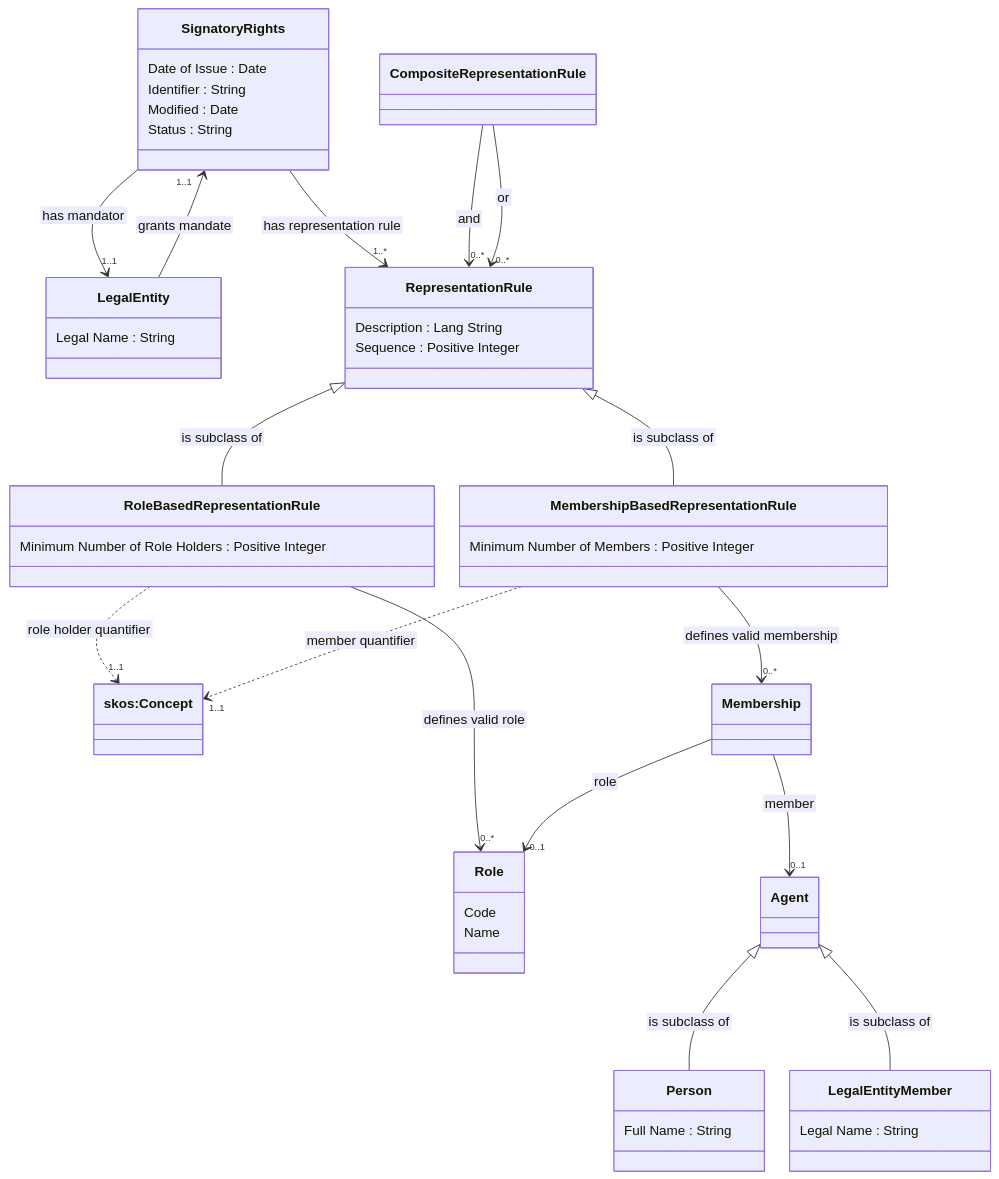
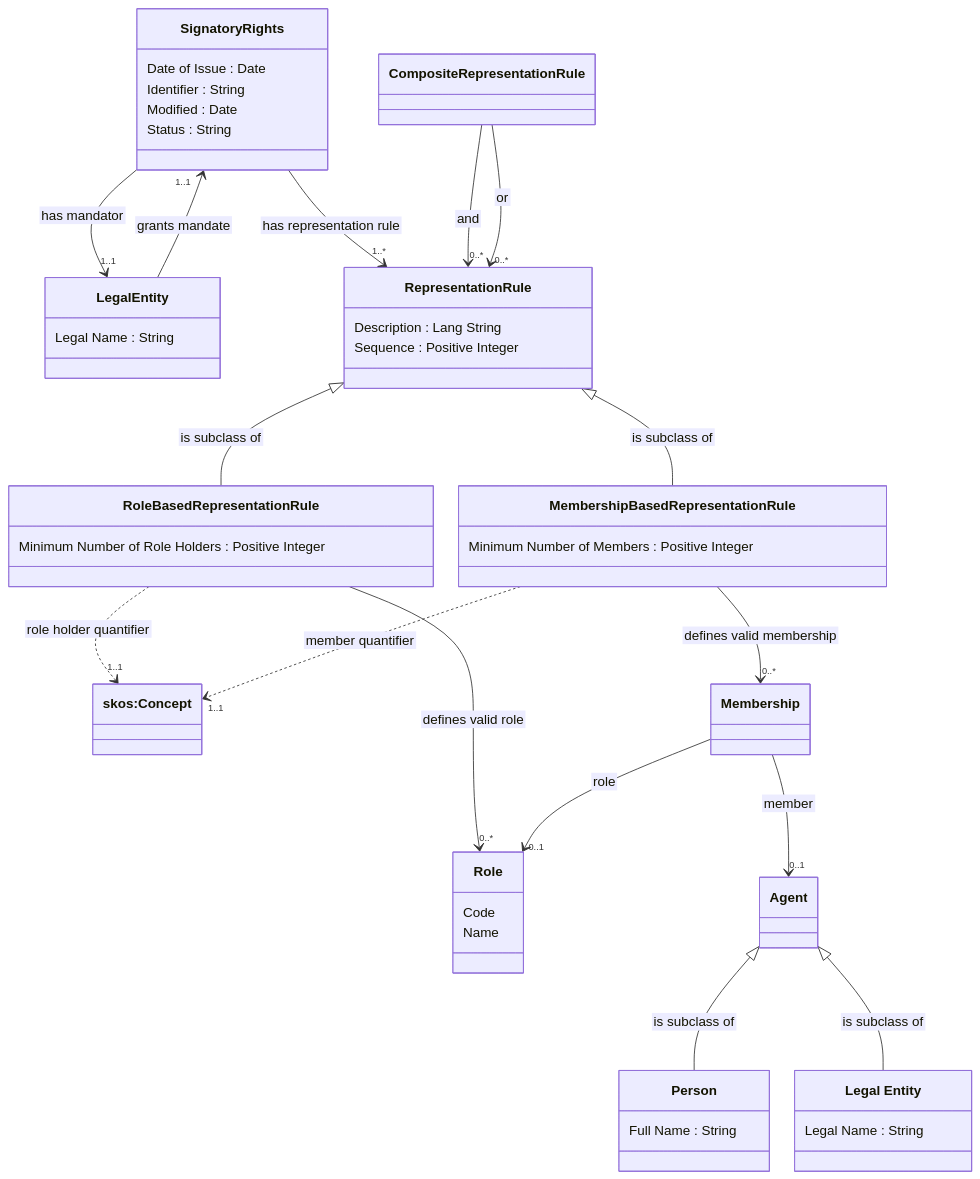
Before and after one commit to nordicsmartgovernment/Nordic-Signatory-Rights-Model: the second of 2 diagrams in README.md, drawn with Mermaid.

````diff
--- a/README.md
+++ b/README.md
@@ -69,74 +69,74 @@
 ```mermaid
  %%{init:{'flowchart':{'nodeSpacing': 30, 'rankSpacing': 95, 'htmlLabels': false}}}%%
     classDiagram
         class Signatory Rights {
             Date of Issue : Date
             Identifier : String
             Modified : Date
             Status : String
         }
 
         Signatory Rights --> "1..1" Legal Entity : has mandator
         Signatory Rights --> "1..*" Representation Rule : has representation rule
 
         class Legal Entity {
            Legal Name : String
         }
 
         Legal Entity --> "1..1" Signatory Rights:grants mandate
 
         class Representation Rule {
            Description : Lang String
            Sequence : Positive Integer
         }
 
         class Role Based Representation Rule {
            Minimum Number of Role Holders : Positive Integer
         }
 
         Role Based Representation Rule --> "0..*" Role : defines valid role
         Role Based Representation Rule ..> "1..1" SKOSConcept : role holder quantifier
 
         class Membership Based Representation Rule {
            Minimum Number of Members : Positive Integer
         }
 
         Membership Based Representation Rule --> "0..*" Membership : defines valid membership
         Membership Based Representation Rule ..> "1..1" SKOSConcept : member quantifier
 
         class Composite Representation Rule {
         }
 
         Composite Representation Rule --> "0..*" Representation Rule : and
         Composite Representation Rule --> "0..*" Representation Rule : or
 
         class Agent {
         }
 
         class Role {
            Code
            Name
         }
 
         class Membership {
         }
 
         Membership --> "0..1" Role : role
         Membership --> "0..1" Agent : member
 
         class Person {
            Full Name : String
         }
 
-        class Legal Entity Member {
+        class Legal Entity Member["Legal Entity"] {
            Legal Name : String
         }
 
         class SKOSConcept["skos:Concept"] {
         }
 
         Representation Rule <|-- Role Based Representation Rule : is subclass of
         Representation Rule <|-- Membership Based Representation Rule : is subclass of
         Agent <|-- Person : is subclass of
         Agent <|-- Legal Entity Member : is subclass of
 ```
````
